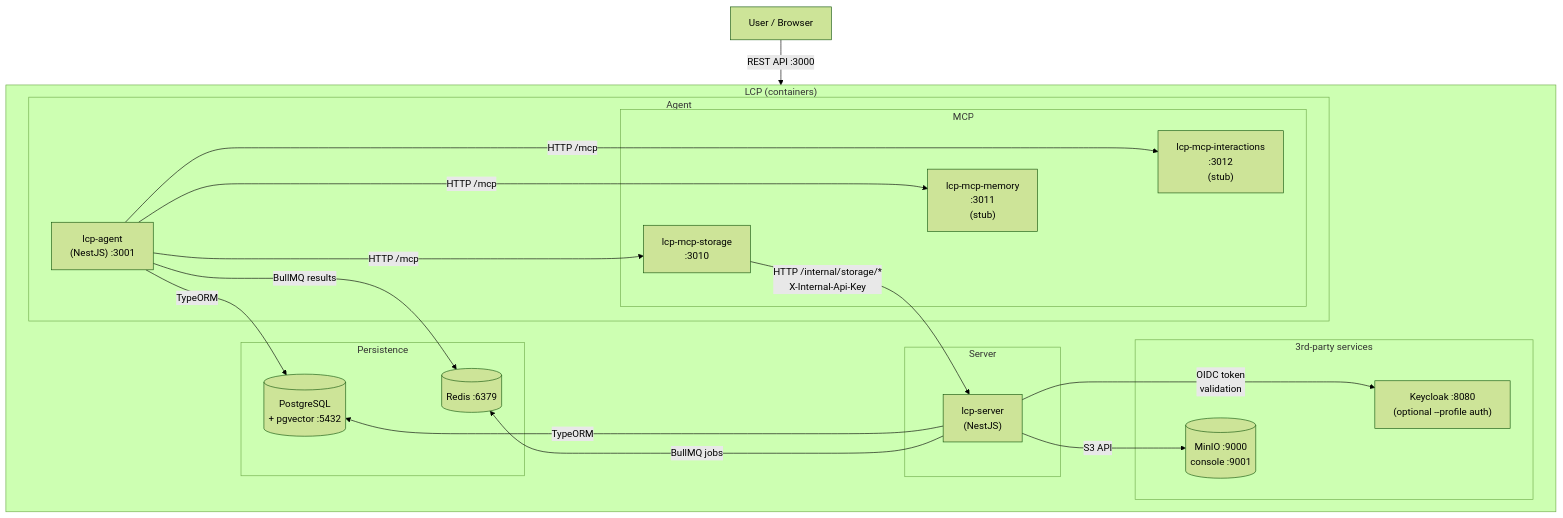
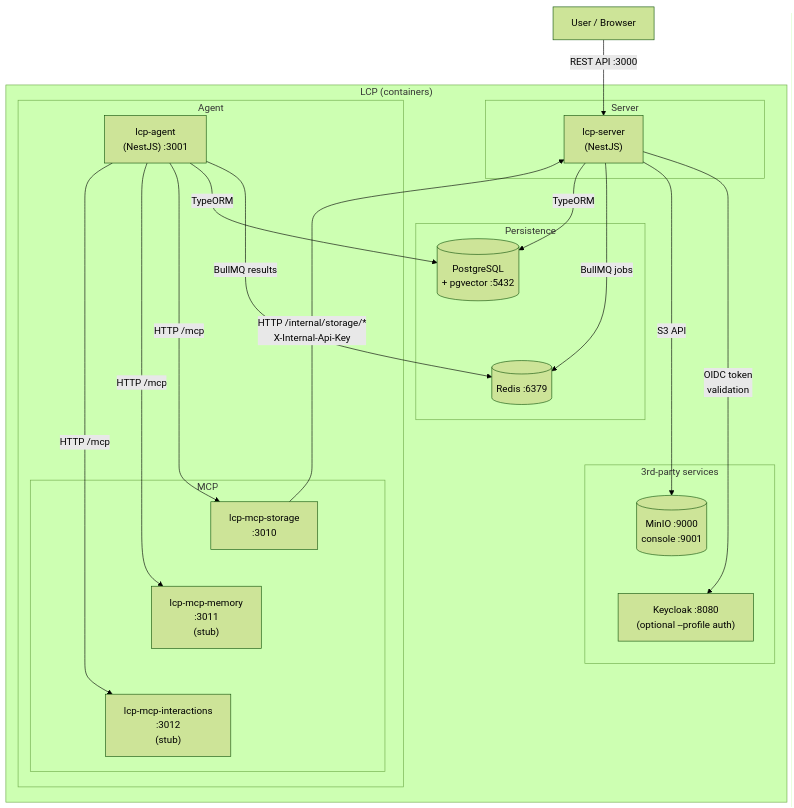
Before and after one commit to instantiator/tcp-server: the first of 3 diagrams in README.md, drawn with Mermaid (forest theme).

Commit message:
Samll tweak - remove direction from subgraph

````diff
--- a/README.md
+++ b/README.md
@@ -26,50 +26,49 @@
 ```mermaid
 graph TD
   User["User / Browser"]
   LcpServer["lcp-server\n(NestJS)"]
   LcpAgent["lcp-agent\n(NestJS) :3001"]
   Redis[(Redis :6379)]
   Keycloak["Keycloak :8080\n(optional --profile auth)"]
   Postgres[(PostgreSQL\n+ pgvector :5432)]
   MinIO[(MinIO :9000\nconsole :9001)]
   McpStorage["lcp-mcp-storage\n:3010"]
   McpMemory["lcp-mcp-memory\n:3011\n(stub)"]
   McpInteract["lcp-mcp-interactions\n:3012\n(stub)"]
 
   subgraph LCP["LCP (containers)"]
-      direction LR
       Server ~~~ Dbs ~~~ Agent ~~~ ThirdParty
   end
 
   subgraph Server["Server"]
       LcpServer
   end
 
   subgraph Dbs["Persistence"]
       Postgres ~~~ Redis
   end
 
 
   subgraph Agent["Agent"]
       LcpAgent
       subgraph MCP
         McpStorage ~~~ McpMemory ~~~ McpInteract
       end
   end
 
   subgraph ThirdParty["3rd-party services"]
       MinIO ~~~ Keycloak
   end
 
   User -->|REST API :3000| LcpServer
   LcpServer -->|OIDC token\nvalidation| Keycloak
   LcpServer -->|S3 API| MinIO
   LcpServer -->|BullMQ jobs| Redis
   LcpAgent -->|BullMQ results| Redis
   LcpServer -->|TypeORM| Postgres
   LcpAgent -->|TypeORM| Postgres
   LcpAgent -->|HTTP /mcp| McpStorage
   LcpAgent -->|HTTP /mcp| McpMemory
   LcpAgent -->|HTTP /mcp| McpInteract
   McpStorage -->|HTTP /internal/storage/*\nX-Internal-Api-Key| LcpServer
 ```
````
